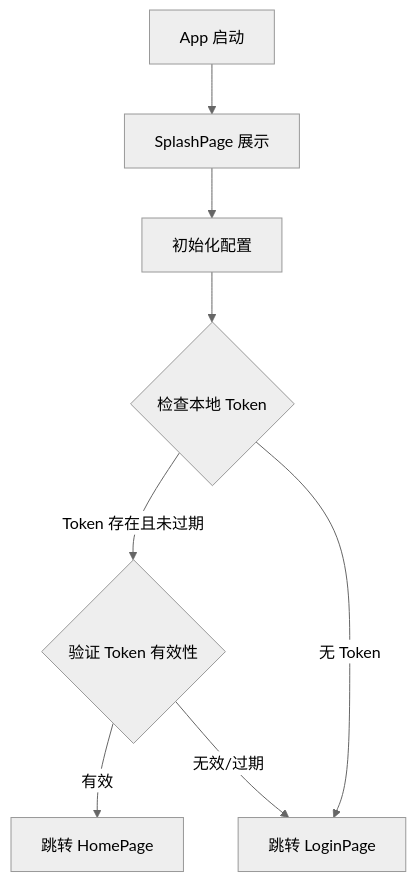
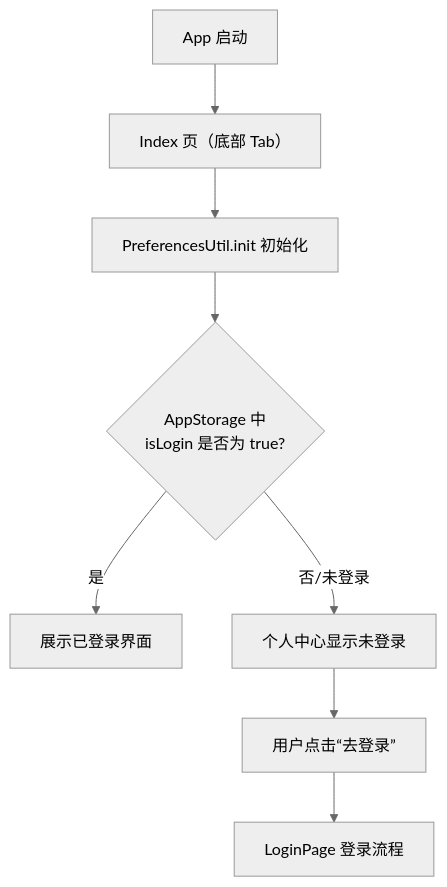
Before and after one commit to BUCT-CS2301/PalmMuseum: diagram 11 of 14 in Doc/设计文档.md, drawn with Mermaid (neutral theme). The commit also changed other lines of this file and 1 other file, not shown here.

````diff
--- a/Doc/设计文档.md
+++ b/Doc/设计文档.md
@@ -1096,12 +1236,11 @@
 ```mermaid
 flowchart TD
-    Start[App 启动] --> Splash[SplashPage 展示]
-    Splash --> Init[初始化配置]
-    Init --> CheckToken{检查本地 Token}
+    Start[App 启动] --> Splash[Index 页（底部 Tab）]
+    Splash --> Init[PreferencesUtil.init 初始化]
+    Init --> CheckLogin{AppStorage 中<br>isLogin 是否为 true?}
     
-    CheckToken -- Token 存在且未过期 --> CheckStatus{验证 Token 有效性}
-    CheckToken -- 无 Token --> Login[跳转 LoginPage]
-    
-    CheckStatus -- 有效 --> Home[跳转 HomePage]
-    CheckStatus -- 无效/过期 --> Login
+    CheckLogin -- 是 --> Home[展示已登录界面]
+    CheckLogin -- 否/未登录 --> Profile[个人中心显示未登录]
+    Profile --> Login[用户点击“去登录”]
+    Login --> Auth[LoginPage 登录流程]
 ```
````
